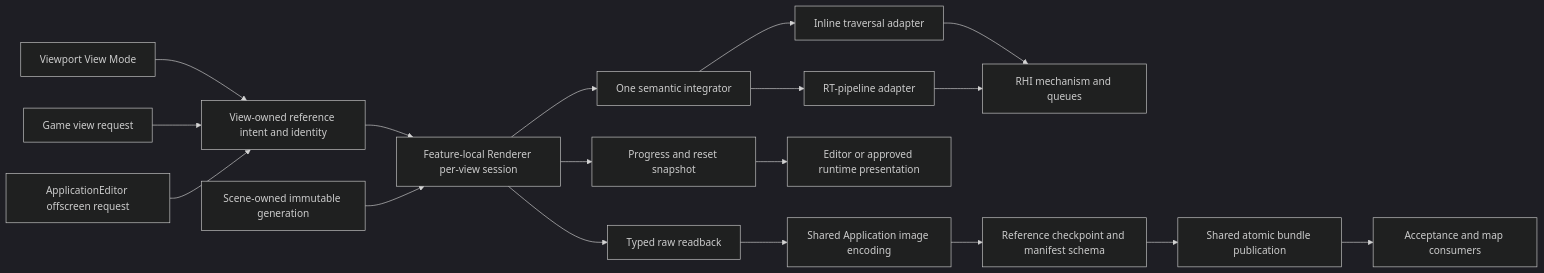
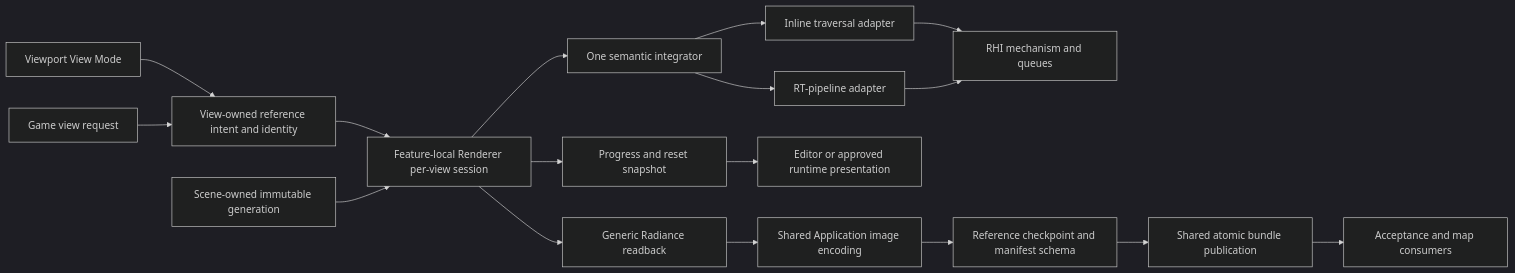
Before and after one commit to stoleckipawel/SparkleEngine: the first of 3 diagrams in Docs/Architecture/Modules/Engine/Renderer/Features/Lighting/ReferencePathTracer/ExecutionArchitecture.md, drawn with Mermaid (dark theme). The commit also changed other lines of this file and 264 other files, not shown here.

````diff
--- a/Docs/Architecture/Modules/Engine/Renderer/Features/Lighting/ReferencePathTracer/ExecutionArchitecture.md
+++ b/Docs/Architecture/Modules/Engine/Renderer/Features/Lighting/ReferencePathTracer/ExecutionArchitecture.md
@@ -83,20 +83,19 @@
 ```mermaid
 flowchart LR
     Menu[Viewport View Mode] --> View[View-owned reference intent and identity]
     Runtime[Game view request] --> View
-    CLI[ApplicationEditor offscreen request] --> View
     View --> Session[Feature-local Renderer per-view session]
     Scene[Scene-owned immutable generation] --> Session
     Session --> Integrator[One semantic integrator]
     Integrator --> Inline[Inline traversal adapter]
     Integrator --> RGS[RT-pipeline adapter]
     Inline --> RHI[RHI mechanism and queues]
     RGS --> RHI
     Session --> Overlay[Progress and reset snapshot]
-    Session --> Readback[Typed raw readback]
+    Session --> Readback[Generic Radiance readback]
     Overlay --> UI[Editor or approved runtime presentation]
     Readback --> Encode[Shared Application image encoding]
     Encode --> Schema[Reference checkpoint and manifest schema]
     Schema --> Publish[Shared atomic bundle publication]
     Publish --> Evidence[Acceptance and map consumers]
 ```
````
